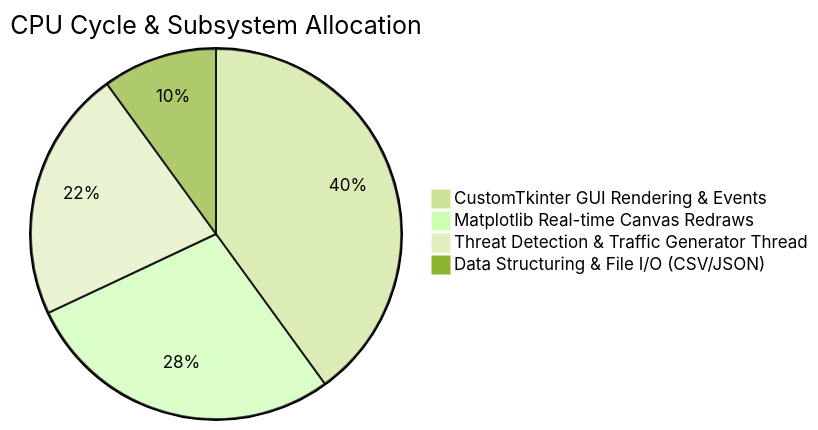
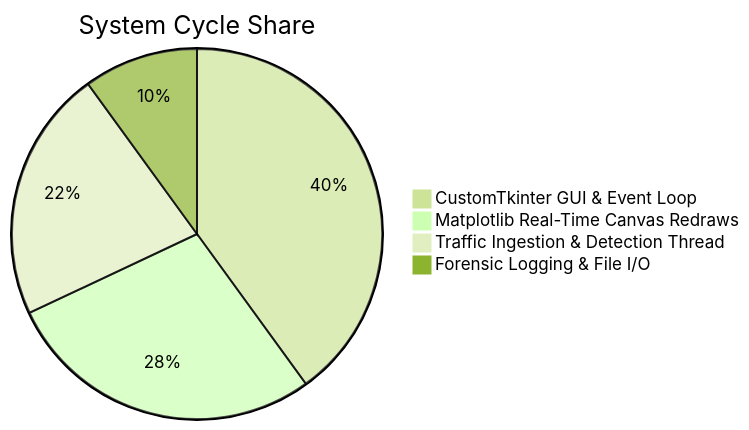
Before and after one commit to PriyanshuPundir01/CyberSentinal: the second of 3 diagrams in README.md, drawn with Mermaid (forest theme). The commit also changed other lines of this file, not shown here.

````diff
--- a/README.md
+++ b/README.md
@@ -77,7 +85,7 @@
 ```mermaid
-pie title CPU Cycle & Subsystem Allocation
-    "CustomTkinter GUI Rendering & Events" : 40
-    "Matplotlib Real-time Canvas Redraws" : 28
-    "Threat Detection & Traffic Generator Thread" : 22
-    "Data Structuring & File I/O (CSV/JSON)" : 10
+pie title System Cycle Share
+    "CustomTkinter GUI & Event Loop" : 40
+    "Matplotlib Real-Time Canvas Redraws" : 28
+    "Traffic Ingestion & Detection Thread" : 22
+    "Forensic Logging & File I/O" : 10
 ```
````
